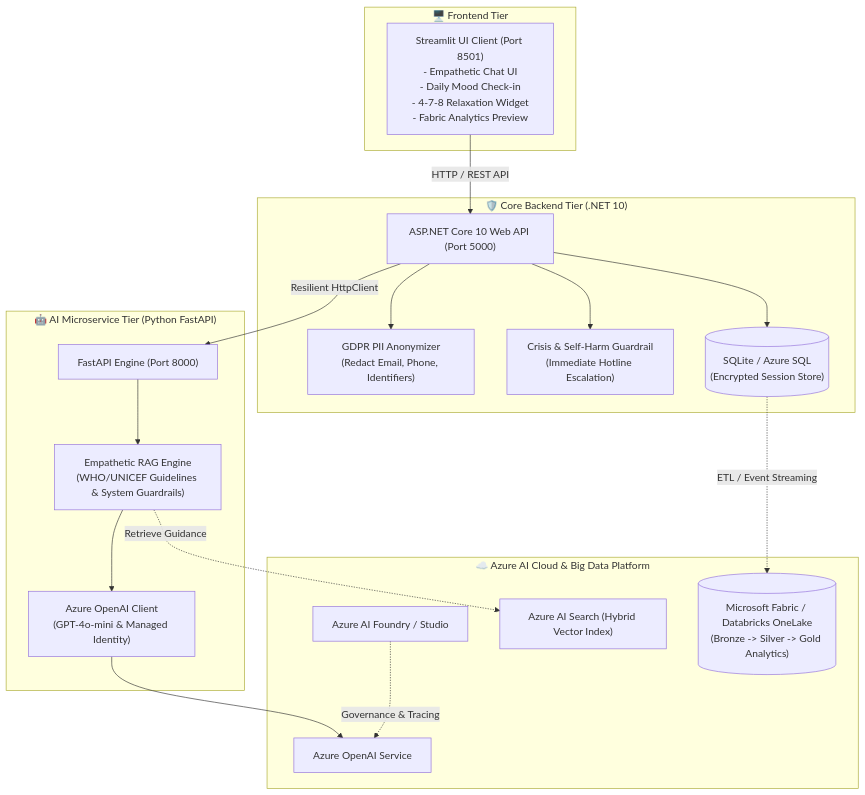
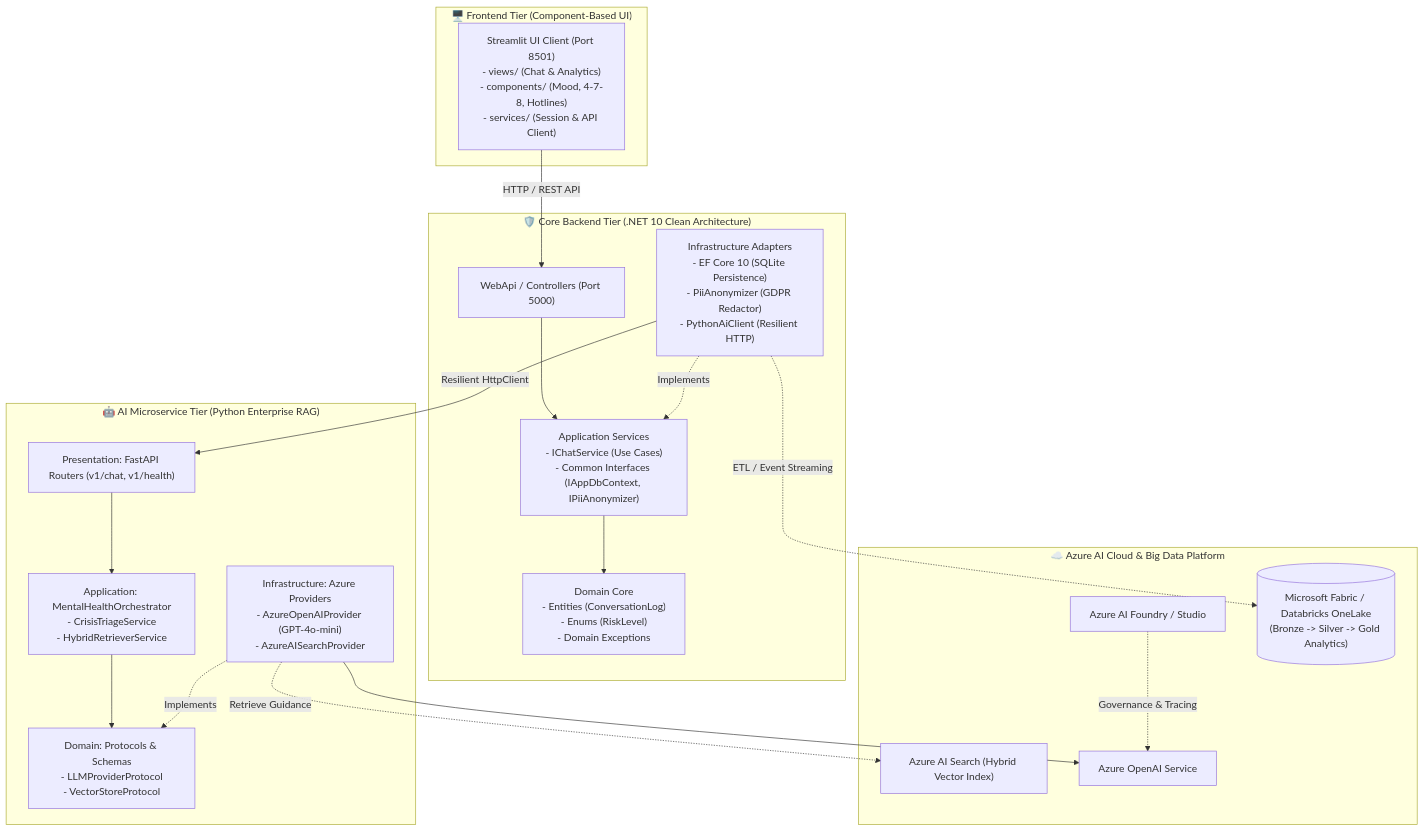
Before and after one commit to dungle1605/the-inner-voice: the first of 2 diagrams in README.md, drawn with Mermaid. The commit also changed other lines of this file and 45 other files, not shown here.

Commit message:
refactor: apply Enterprise Clean Architecture across Python AI microservice, .NET 10 backend, and Streamlit UI, update all README files

````diff
--- a/README.md
+++ b/README.md
@@ -19,40 +19,42 @@
 ```mermaid
 flowchart TB
-    subgraph ClientLayer["🖥️ Frontend Tier"]
-        UI["Streamlit UI Client (Port 8501)\n- Empathetic Chat UI\n- Daily Mood Check-in\n- 4-7-8 Relaxation Widget\n- Fabric Analytics Preview"]
+    subgraph ClientLayer["🖥️ Frontend Tier (Component-Based UI)"]
+        UI["Streamlit UI Client (Port 8501)\n- views/ (Chat & Analytics)\n- components/ (Mood, 4-7-8, Hotlines)\n- services/ (Session & API Client)"]
     end
 
-    subgraph BackendLayer["🛡️ Core Backend Tier (.NET 10)"]
-        API["ASP.NET Core 10 Web API (Port 5000)"]
-        Anonymizer["GDPR PII Anonymizer\n(Redact Email, Phone, Identifiers)"]
-        CrisisGuard["Crisis & Self-Harm Guardrail\n(Immediate Hotline Escalation)"]
-        DB[("SQLite / Azure SQL\n(Encrypted Session Store)")]
+    subgraph BackendLayer["🛡️ Core Backend Tier (.NET 10 Clean Architecture)"]
+        WebAPI["WebApi / Controllers (Port 5000)"]
+        AppLayer["Application Services\n- IChatService (Use Cases)\n- Common Interfaces (IAppDbContext, IPiiAnonymizer)"]
+        DomainLayer["Domain Core\n- Entities (ConversationLog)\n- Enums (RiskLevel)\n- Domain Exceptions"]
+        InfraLayer["Infrastructure Adapters\n- EF Core 10 (SQLite Persistence)\n- PiiAnonymizer (GDPR Redactor)\n- PythonAiClient (Resilient HTTP)"]
     end
 
-    subgraph AILayer["🤖 AI Microservice Tier (Python FastAPI)"]
-        FastAPI["FastAPI Engine (Port 8000)"]
-        RAG["Empathetic RAG Engine\n(WHO/UNICEF Guidelines & System Guardrails)"]
-        AOAIClient["Azure OpenAI Client\n(GPT-4o-mini & Managed Identity)"]
+    subgraph AILayer["🤖 AI Microservice Tier (Python Enterprise RAG)"]
+        FastAPILayer["Presentation: FastAPI Routers (v1/chat, v1/health)"]
+        Orchestrator["Application: MentalHealthOrchestrator\n- CrisisTriageService\n- HybridRetrieverService"]
+        Protocols["Domain: Protocols & Schemas\n- LLMProviderProtocol\n- VectorStoreProtocol"]
+        Providers["Infrastructure: Azure Providers\n- AzureOpenAIProvider (GPT-4o-mini)\n- AzureAISearchProvider"]
     end
 
     subgraph CloudLayer["☁️ Azure AI Cloud & Big Data Platform"]
         Foundry["Azure AI Foundry / Studio"]
         Search["Azure AI Search (Hybrid Vector Index)"]
         AOAI["Azure OpenAI Service"]
         Fabric[("Microsoft Fabric / Databricks OneLake\n(Bronze -> Silver -> Gold Analytics)")]
     end
 
-    UI -->|"HTTP / REST API"| API
-    API --> Anonymizer
-    API --> CrisisGuard
-    API --> DB
-    API -->|"Resilient HttpClient"| FastAPI
+    UI -->|"HTTP / REST API"| WebAPI
+    WebAPI --> AppLayer
+    AppLayer --> DomainLayer
+    InfraLayer -. "Implements" .-> AppLayer
+    InfraLayer -->|"Resilient HttpClient"| FastAPILayer
 
-    FastAPI --> RAG
-    RAG --> AOAIClient
-    AOAIClient --> AOAI
-    RAG -. "Retrieve Guidance" .-> Search
+    FastAPILayer --> Orchestrator
+    Orchestrator --> Protocols
+    Providers -. "Implements" .-> Protocols
+    Providers --> AOAI
+    Providers -. "Retrieve Guidance" .-> Search
     Foundry -. "Governance & Tracing" .-> AOAI
 
-    DB -. "ETL / Event Streaming" .-> Fabric
+    InfraLayer -. "ETL / Event Streaming" .-> Fabric
 ```
````
